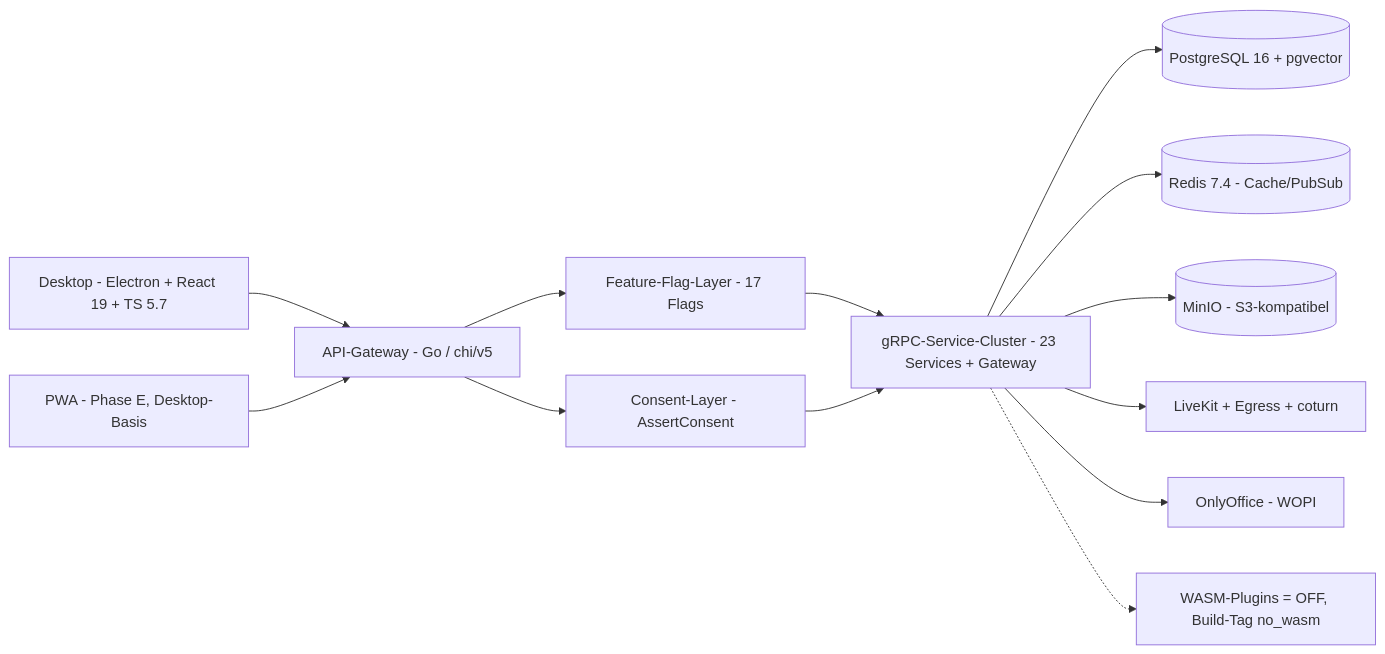
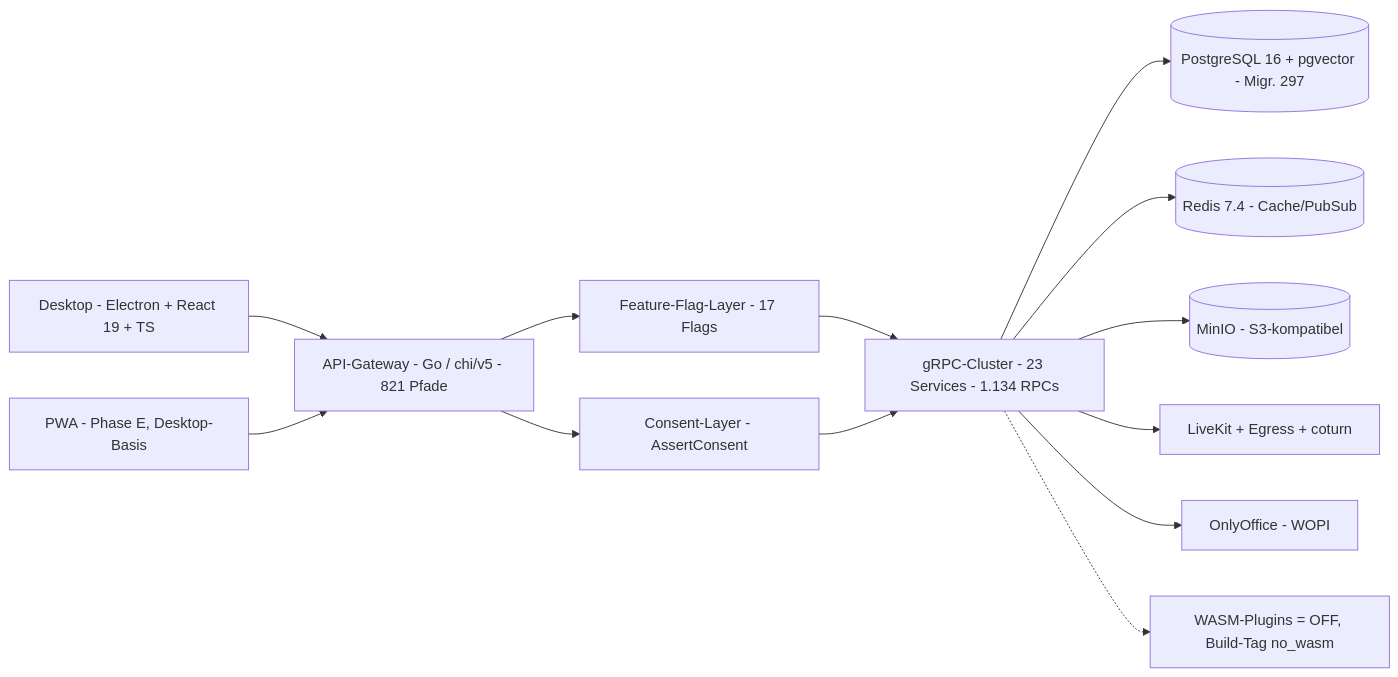
The third of 3 diagrams in .planning/status-overview.md (Lukes-Git-Beginning/KMU-Hub), drawn with Mermaid before and after one commit. The commit also changed other lines of this file and 10 other files, not shown here.

````diff
--- a/.planning/status-overview.md
+++ b/.planning/status-overview.md
@@ -94,15 +156,15 @@
 ```mermaid
 graph LR
-    D["Desktop - Electron + React 19 + TS 5.7"] --> GW
+    D["Desktop - Electron + React 19 + TS"] --> GW
     P["PWA - Phase E, Desktop-Basis"] --> GW
-    GW["API-Gateway - Go / chi/v5"] --> FF["Feature-Flag-Layer - 17 Flags"]
+    GW["API-Gateway - Go / chi/v5 - 821 Pfade"] --> FF["Feature-Flag-Layer - 17 Flags"]
     GW --> CON["Consent-Layer - AssertConsent"]
     FF --> SVC
     CON --> SVC
-    SVC["gRPC-Service-Cluster - 23 Services + Gateway"] --> PG[("PostgreSQL 16 + pgvector")]
+    SVC["gRPC-Cluster - 23 Services - 1.134 RPCs"] --> PG[("PostgreSQL 16 + pgvector - Migr. 297")]
     SVC --> RD[("Redis 7.4 - Cache/PubSub")]
     SVC --> MIN[("MinIO - S3-kompatibel")]
     SVC --> LK["LiveKit + Egress + coturn"]
     SVC --> OO["OnlyOffice - WOPI"]
     SVC -.-> WASM["WASM-Plugins = OFF, Build-Tag no_wasm"]
 ```
````
